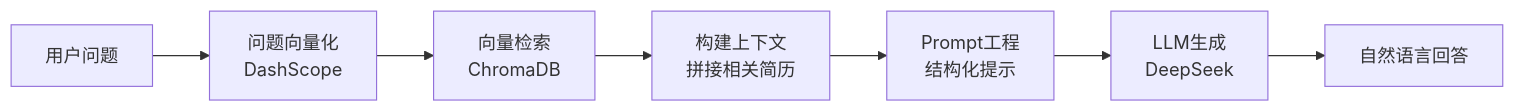
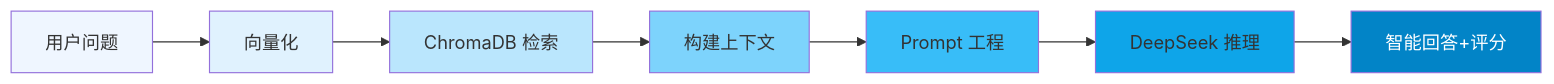
Before and after one commit to xt765/ResumeScreening: the eighth of 11 diagrams in docs/blog.md, drawn with Mermaid. The commit also changed other lines of this file, not shown here.

Commit message:
docs: update diagrams in blog.md

````diff
--- a/docs/blog.md
+++ b/docs/blog.md
@@ -415,9 +487,17 @@
 ```mermaid
 graph LR
-    Q[用户问题] --> E[问题向量化<br/>DashScope]
-    E --> R[向量检索<br/>ChromaDB]
-    R --> C[构建上下文<br/>拼接相关简历]
-    C --> P[Prompt工程<br/>结构化提示]
-    P --> L[LLM生成<br/>DeepSeek]
-    L --> A[自然语言回答]
+    Input[用户问题] --> Embed[向量化]
+    Embed --> Search[ChromaDB 检索]
+    Search --> Context[构建上下文]
+    Context --> Prompt[Prompt 工程]
+    Prompt --> LLM[DeepSeek 推理]
+    LLM --> Answer[智能回答+评分]
+    
+    style Input fill:#eff6ff
+    style Embed fill:#e0f2fe
+    style Search fill:#bae6fd
+    style Context fill:#7dd3fc
+    style Prompt fill:#38bdf8
+    style LLM fill:#0ea5e9
+    style Answer fill:#0284c7,color:#fff
 ```
````
